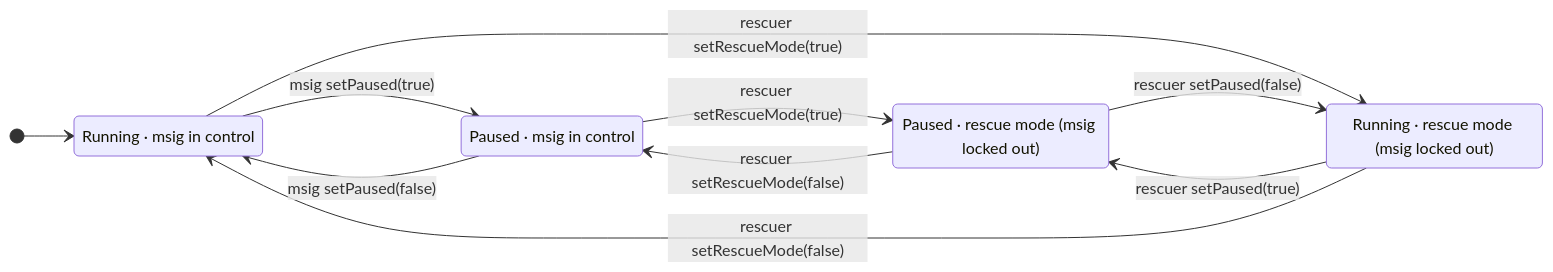
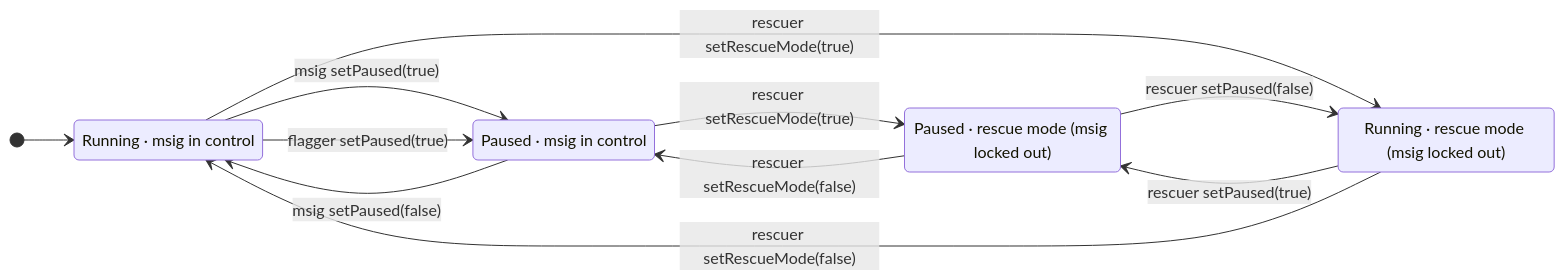
Before and after one commit to TempleDAO/temple: the diagram in protocol/contracts/templegold/docs/fpa-simplified-model.md, drawn with Mermaid. The commit also changed other lines of this file and 5 other files, not shown here.

````diff
--- a/protocol/contracts/templegold/docs/fpa-simplified-model.md
+++ b/protocol/contracts/templegold/docs/fpa-simplified-model.md
@@ -149,21 +152,22 @@
 ```mermaid
 stateDiagram-v2
     direction LR
     state "Running · msig in control" as RunMsig
     state "Paused · msig in control" as PauseMsig
     state "Running · rescue mode (msig locked out)" as RunRescue
     state "Paused · rescue mode (msig locked out)" as PauseRescue
 
     [*] --> RunMsig
     RunMsig --> PauseMsig: msig setPaused(true)
+    RunMsig --> PauseMsig: flagger setPaused(true)
     PauseMsig --> RunMsig: msig setPaused(false)
 
     RunMsig --> RunRescue: rescuer setRescueMode(true)
     PauseMsig --> PauseRescue: rescuer setRescueMode(true)
 
     RunRescue --> PauseRescue: rescuer setPaused(true)
     PauseRescue --> RunRescue: rescuer setPaused(false)
 
     RunRescue --> RunMsig: rescuer setRescueMode(false)
     PauseRescue --> PauseMsig: rescuer setRescueMode(false)
 ```
````
